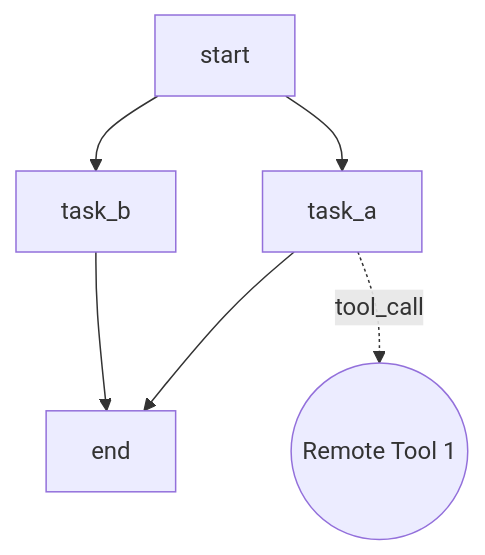
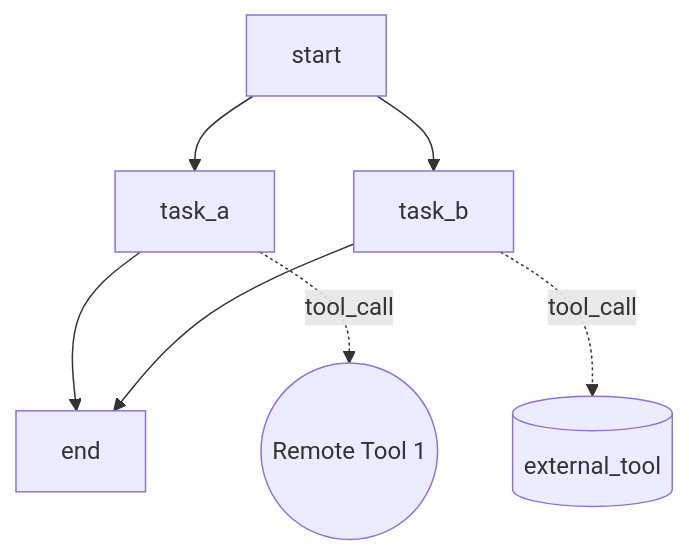
Before and after one commit to mashiike/estellm: the diagram in testdata/fixtures/structure/simple.golden.md, drawn with Mermaid. The commit also changed 14 other files, not shown here.

Commit message:
add external tool interface

````diff
--- a/testdata/fixtures/structure/simple.golden.md
+++ b/testdata/fixtures/structure/simple.golden.md
@@ -1,13 +1,15 @@
 ```mermaid
 flowchart TD
     A0[end]
     A1[start]
     A2[task_a]
     A3[task_b]
     B0((Remote Tool 1))
+    C1[(external_tool)]
     A1 --> A2
     A1 --> A3
     A2 --> A0
     A2 -.->|tool_call| B0
     A3 --> A0
+    A3 -.->|tool_call| C1
 ```
````
